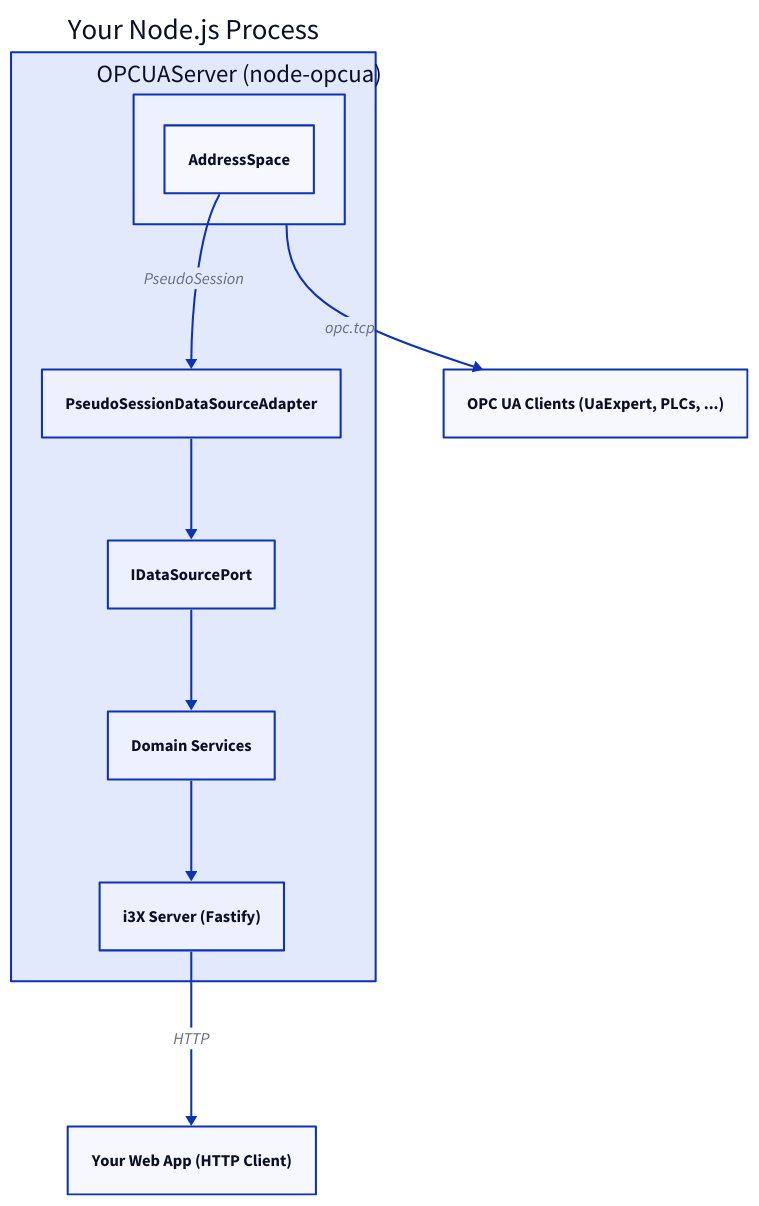
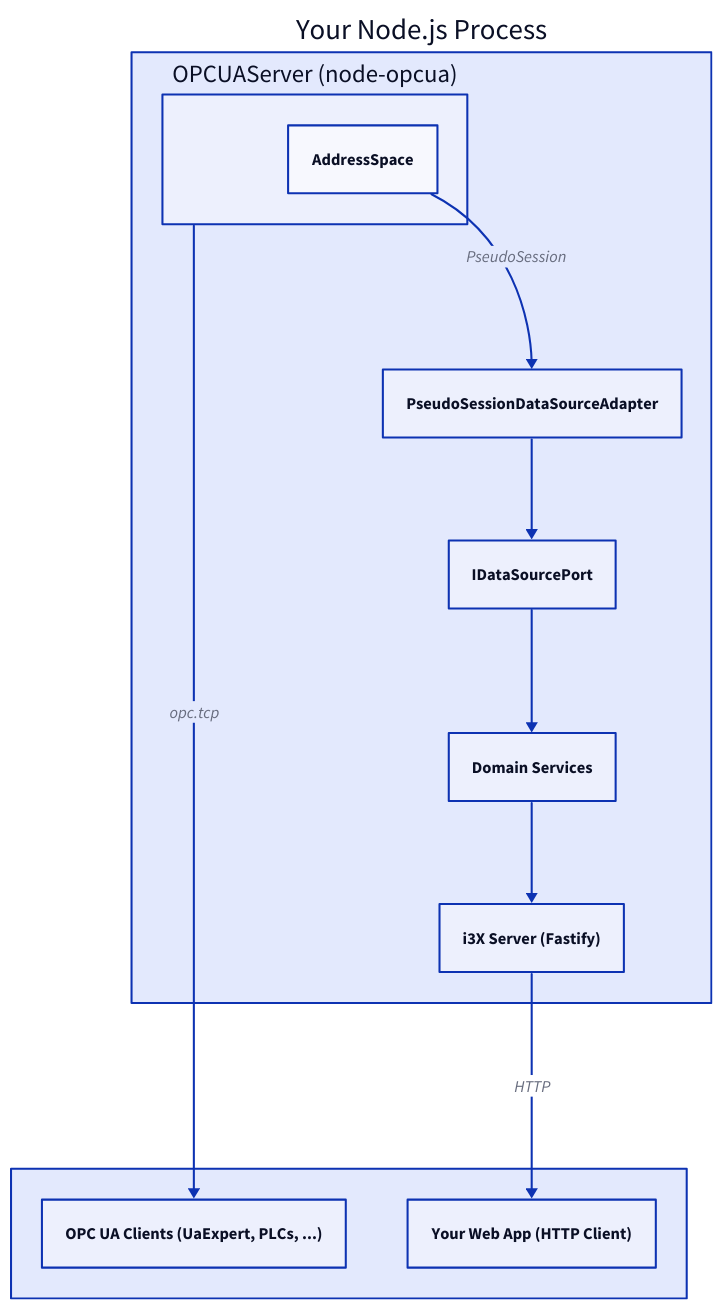
The diagram in packages/pseudo-session-connector/TUTORIAL.md (node-opcua/node-i3x), drawn with D2 before and after one commit. The commit also changed other lines of this file and 4 other files, not shown here.

Commit message:
docs: fix D2 diagram layout - align consumers horizontally

````diff
--- a/packages/pseudo-session-connector/TUTORIAL.md
+++ b/packages/pseudo-session-connector/TUTORIAL.md
@@ -12,24 +12,27 @@
 ```d2
 direction: down
 
 process: Your Node.js Process {
   opcua: OPCUAServer (node-opcua) {
     as: AddressSpace
   }
   adapter: PseudoSessionDataSourceAdapter
   port: IDataSourcePort
   services: Domain Services
   i3x: i3X Server (Fastify)
 
   opcua.as -> adapter: PseudoSession
   adapter -> port
   port -> services
   services -> i3x
 }
 
-ext: "OPC UA Clients (UaExpert, PLCs, ...)"
-client: "Your Web App (HTTP Client)"
+consumers: " " {
+  direction: right
+  ext: "OPC UA Clients (UaExpert, PLCs, ...)"
+  client: "Your Web App (HTTP Client)"
+}
 
-process.opcua -> ext: opc.tcp
-process.i3x -> client: HTTP
+process.opcua -> consumers.ext: opc.tcp
+process.i3x -> consumers.client: HTTP
 ```
````
